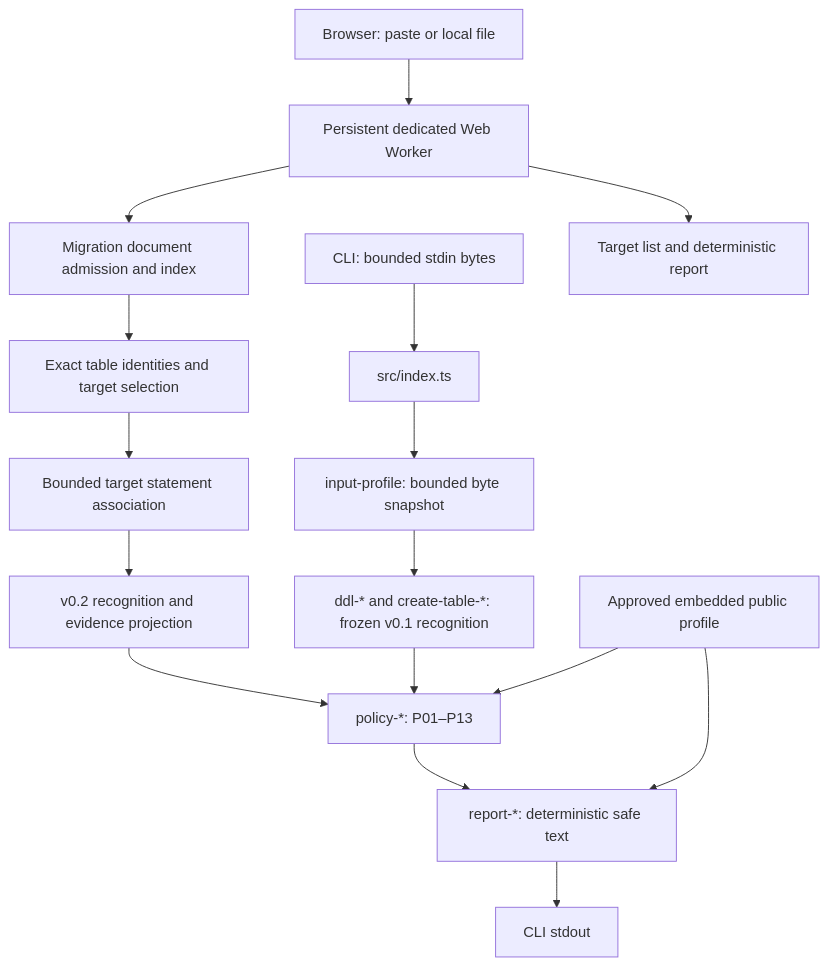
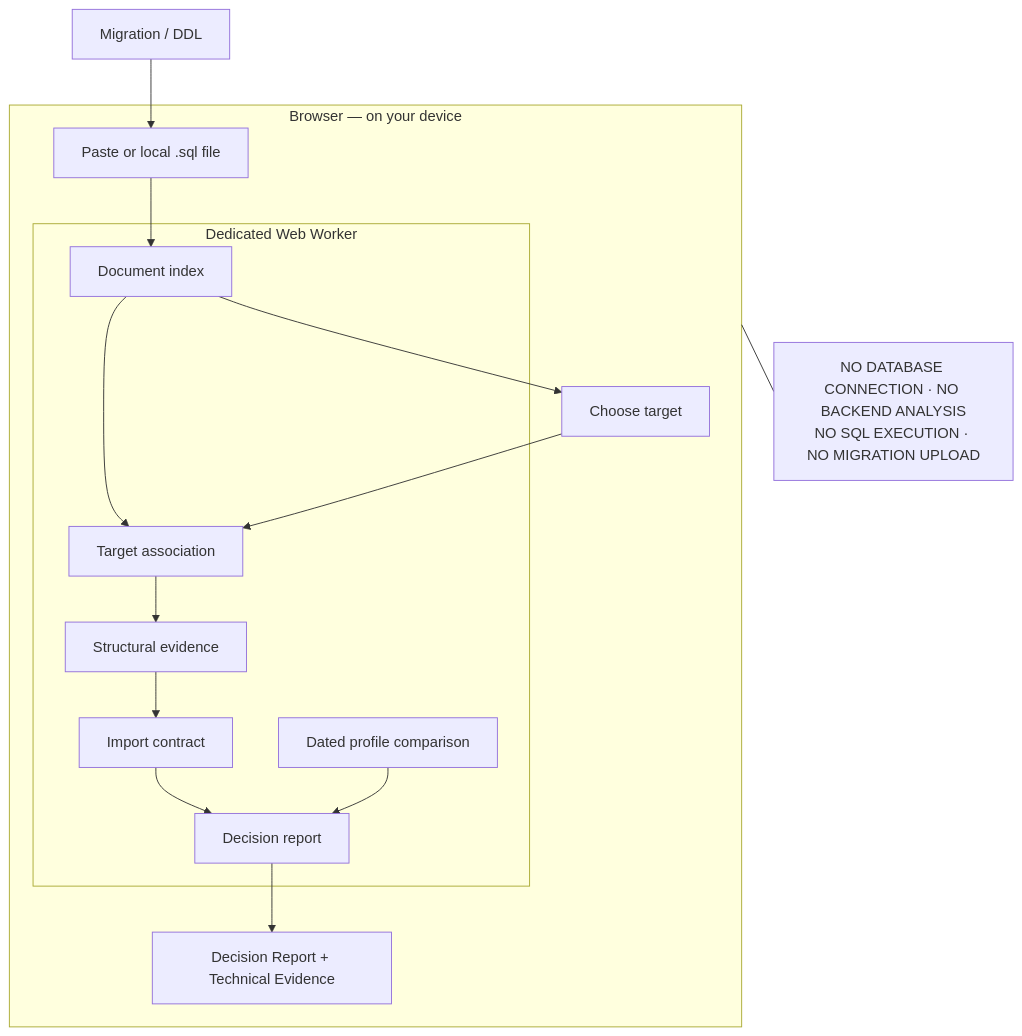
Before and after one commit to iammohamedatef/pg-import-check: the diagram in docs/ARCHITECTURE.md, drawn with Mermaid. The commit also changed other lines of this file and 20 other files, not shown here.

````diff
--- a/docs/ARCHITECTURE.md
+++ b/docs/ARCHITECTURE.md
@@ -7,18 +6,23 @@
 ```mermaid
-flowchart TD
-  CLI[CLI: bounded stdin bytes] --> API[src/index.ts]
-  UI[Browser: paste or local file] --> Worker[Persistent dedicated Web Worker]
-  Worker --> Document[Migration document admission and index]
-  Document --> Targets[Exact table identities and target selection]
-  Targets --> Association[Bounded target statement association]
-  Association --> V02[v0.2 recognition and evidence projection]
-  V02 --> Policy
-  Worker --> BrowserOutput[Target list and deterministic report]
-  API --> Input[input-profile: bounded byte snapshot]
-  Input --> Recognition[ddl-* and create-table-*: frozen v0.1 recognition]
-  Recognition --> Policy[policy-*: P01–P13]
-  Policy --> Report[report-*: deterministic safe text]
-  Profile[Approved embedded public profile] --> Policy
-  Profile --> Report
-  Report --> CLIOutput[CLI stdout]
+flowchart TB
+  Input[Migration / DDL]
+  subgraph Browser[Browser — on your device]
+    UI[Paste or local .sql file]
+    subgraph Worker[Dedicated Web Worker]
+      Index[Document index]
+      Association[Target association]
+      Evidence[Structural evidence]
+      Contract[Import contract]
+      Report[Decision report]
+      Index --> Association --> Evidence --> Contract --> Report
+      Profile[Dated profile comparison] --> Report
+    end
+    UI --> Index
+    Index --> Selection[Choose target]
+    Selection --> Association
+    Report --> View[Decision Report + Technical Evidence]
+  end
+  Input --> UI
+  Boundary[NO DATABASE CONNECTION · NO BACKEND ANALYSIS<br/>NO SQL EXECUTION · NO MIGRATION UPLOAD]
+  Browser --- Boundary
 ```
````
